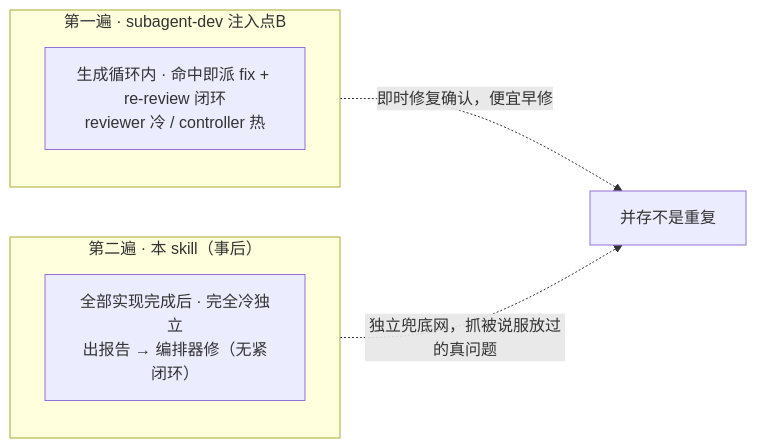
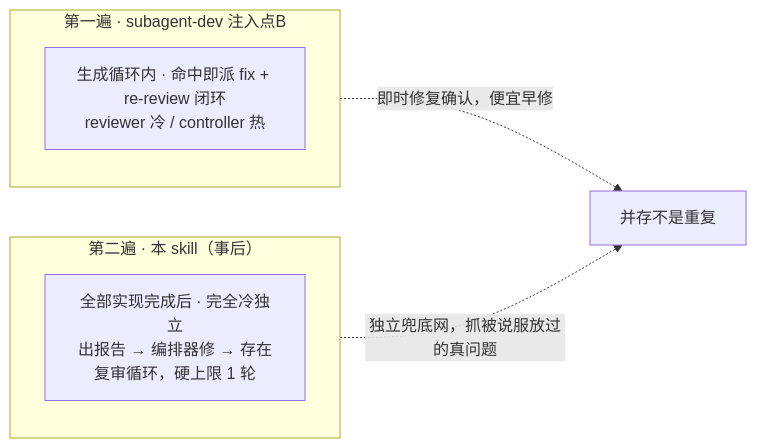
The first of 2 diagrams in docs/workflow-skills/sdflow-code-review.md (laodao-ai/sdflow-skills), drawn with Mermaid before and after one commit. The commit also changed 4 other files, not shown here.

````diff
--- a/docs/workflow-skills/sdflow-code-review.md
+++ b/docs/workflow-skills/sdflow-code-review.md
@@ -31,11 +31,11 @@
 ```mermaid
 flowchart LR
     subgraph B["第一遍 · subagent-dev 注入点B"]
         B1["生成循环内 · 命中即派 fix + re-review 闭环<br/>reviewer 冷 / controller 热"]
     end
     subgraph S["第二遍 · 本 skill（事后）"]
-        S1["全部实现完成后 · 完全冷独立<br/>出报告 → 编排器修（无紧闭环）"]
+        S1["全部实现完成后 · 完全冷独立<br/>出报告 → 编排器修 → 存在复审循环，硬上限 1 轮"]
     end
     B -.->|即时修复确认，便宜早修| MERGE
     S -.->|独立兜底网，抓被说服放过的真问题| MERGE["并存不是重复"]
 ```
````
